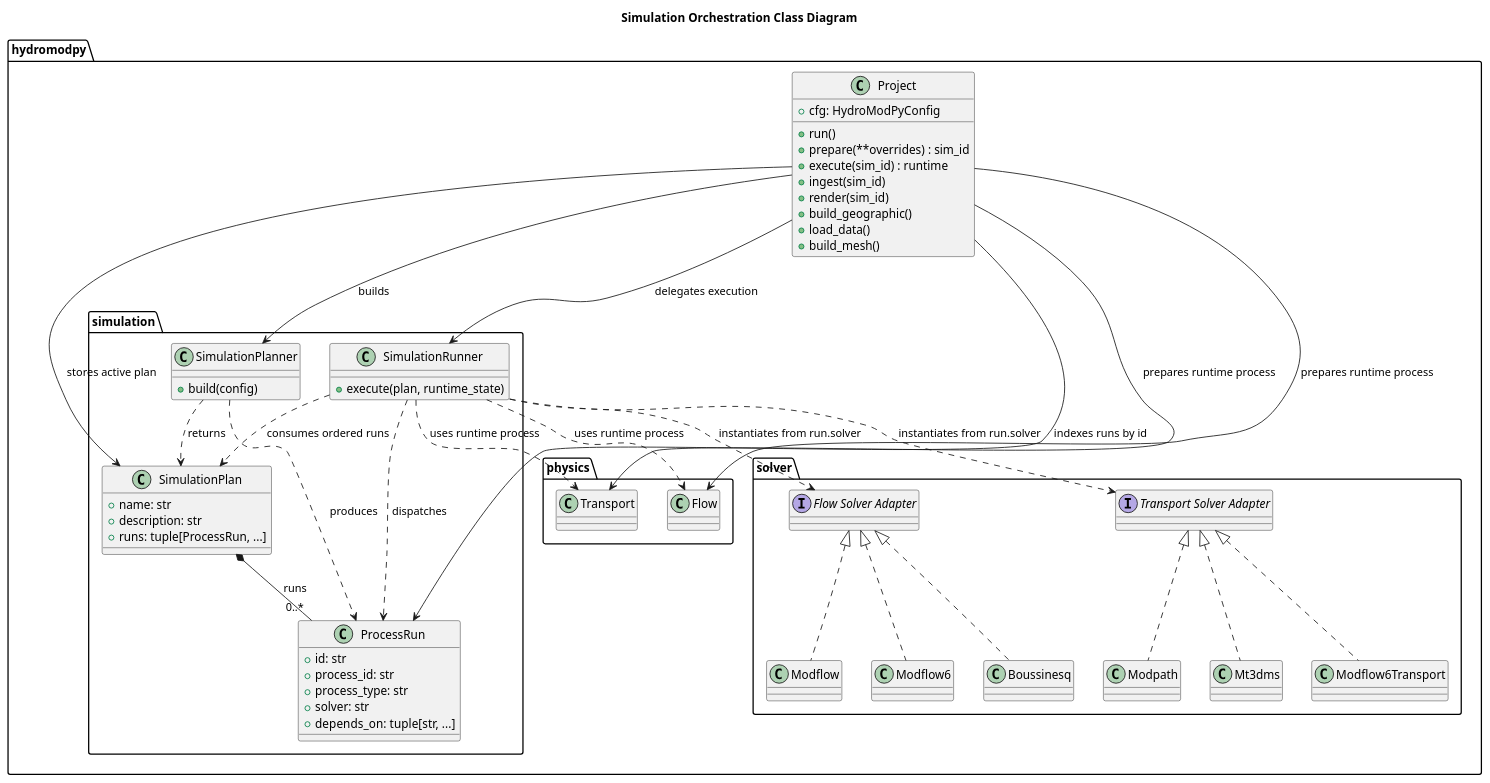
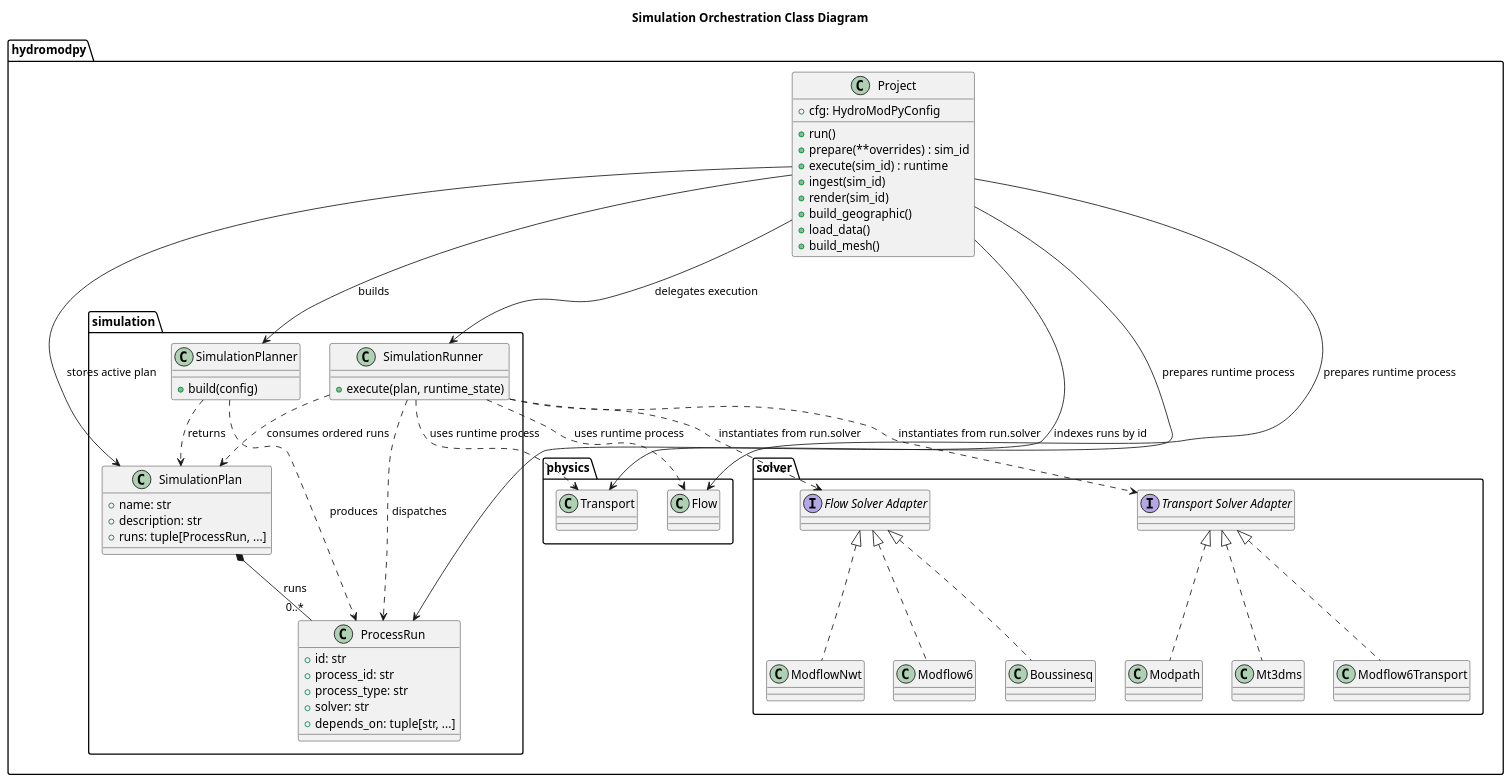
One commit to HydroModPy/HydroModPy changed the diagram in docs/readthedocs/source/architecture/simulation/diagrams/simulation_orchestration_class.wsd. Above: the diagram before and after it, drawn with PlantUML. The commit also changed 35 other files, not shown here.

Commit message:
[refactor] - rename solver/modflow_nwt/modflow to nwt and class Modflow to ModflowNwt

```diff
--- a/docs/readthedocs/source/architecture/simulation/diagrams/simulation_orchestration_class.wsd
+++ b/docs/readthedocs/source/architecture/simulation/diagrams/simulation_orchestration_class.wsd
@@ -1,86 +1,86 @@
 @startuml
 title Simulation Orchestration Class Diagram
 
 package "hydromodpy" {
   class Project {
     +cfg: HydroModPyConfig
     +run()
     +prepare(**overrides) : sim_id
     +execute(sim_id) : runtime
     +ingest(sim_id)
     +render(sim_id)
     +build_geographic()
     +load_data()
     +build_mesh()
   }
 }
 
 package "hydromodpy.simulation" {
   class SimulationPlanner {
     +build(config)
   }
 
   class SimulationPlan {
     +name: str
     +description: str
     +runs: tuple[ProcessRun, ...]
   }
 
   class ProcessRun {
     +id: str
     +process_id: str
     +process_type: str
     +solver: str
     +depends_on: tuple[str, ...]
   }
 
   class SimulationRunner {
     +execute(plan, runtime_state)
   }
 }
 
 package "hydromodpy.physics" {
   class Flow
   class Transport
 }
 
 package "hydromodpy.solver" {
   interface "Flow Solver Adapter" as FlowSolver
-  class Modflow
+  class ModflowNwt
   class Modflow6
   class Boussinesq
 
   interface "Transport Solver Adapter" as TransportSolver
   class Modpath
   class Mt3dms
   class Modflow6Transport
 }
 
 Project --> SimulationPlanner : builds
 Project --> SimulationRunner : delegates execution
 
 SimulationPlanner ..> SimulationPlan : returns
 SimulationPlanner ..> ProcessRun : produces
 
 SimulationPlan *-- "0..*" ProcessRun : runs
 
 Project --> SimulationPlan : stores active plan
 Project --> ProcessRun : indexes runs by id
 Project --> Flow : prepares runtime process
 Project --> Transport : prepares runtime process
 
 SimulationRunner ..> SimulationPlan : consumes ordered runs
 SimulationRunner ..> ProcessRun : dispatches
 SimulationRunner ..> Flow : uses runtime process
 SimulationRunner ..> Transport : uses runtime process
 SimulationRunner ..> FlowSolver : instantiates from run.solver
 SimulationRunner ..> TransportSolver : instantiates from run.solver
 
-FlowSolver <|.. Modflow
+FlowSolver <|.. ModflowNwt
 FlowSolver <|.. Modflow6
 FlowSolver <|.. Boussinesq
 
 TransportSolver <|.. Modpath
 TransportSolver <|.. Mt3dms
 TransportSolver <|.. Modflow6Transport
 @enduml
```
